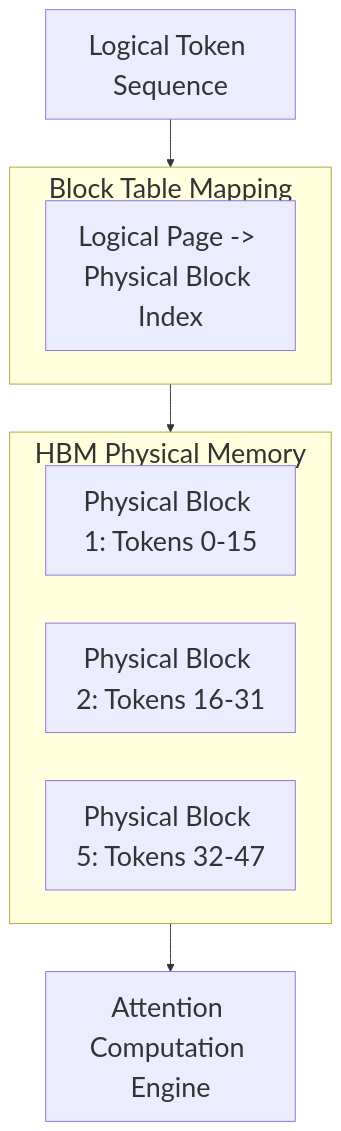
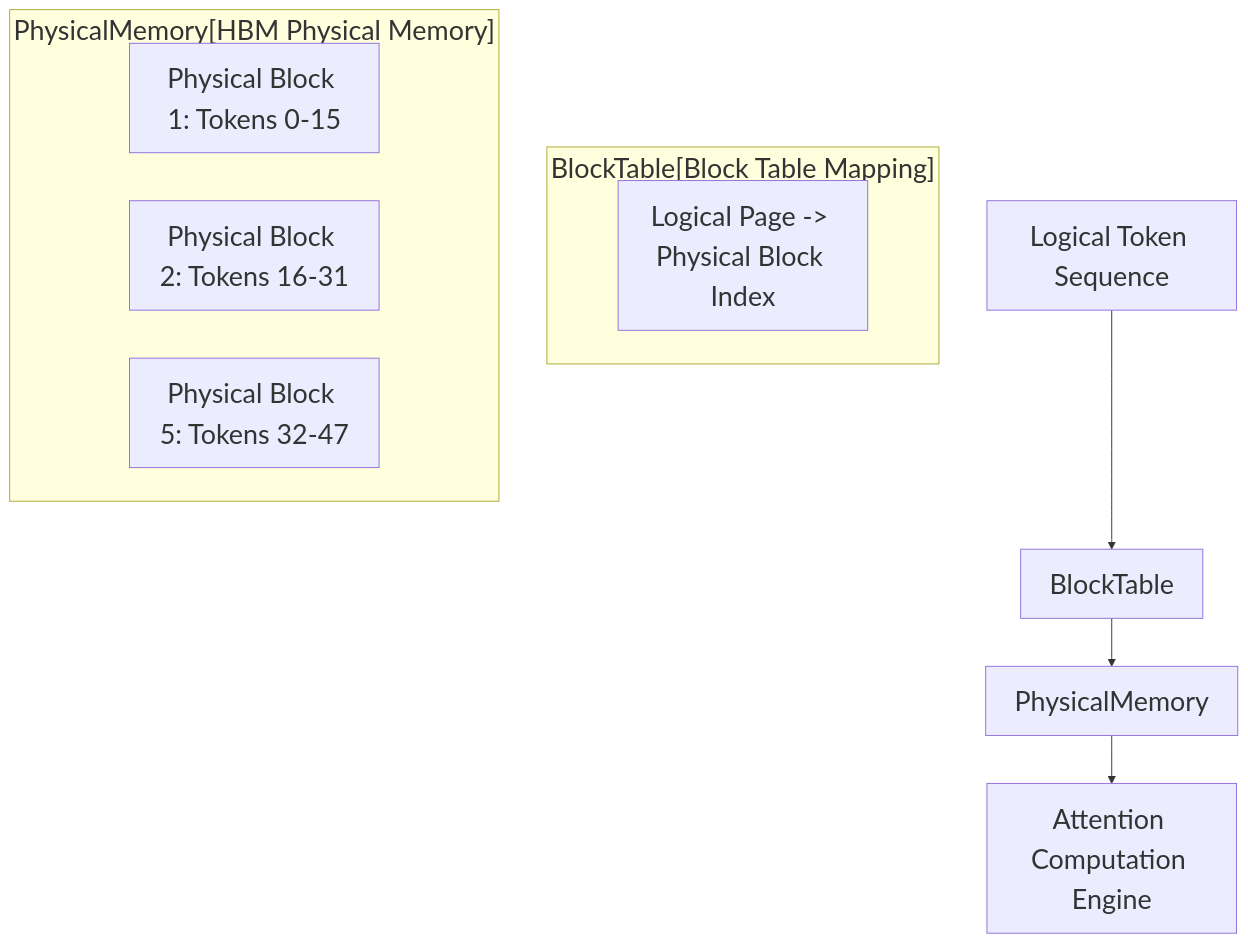
One commit to j4flmao/agent-skills changed the diagram in skills/hardware-acceleration/paged-attention/SKILL.md. Above: the diagram before and after it, drawn with Mermaid. The commit also changed 350 other files, not shown here.

Commit message:
fix(skills): Quote Mermaid link texts containing parentheses to prevent parsing errors

````diff
--- a/skills/hardware-acceleration/paged-attention/SKILL.md
+++ b/skills/hardware-acceleration/paged-attention/SKILL.md
@@ -24,18 +24,18 @@
 ```mermaid
 %%{init: {"theme": "default", "themeVariables": {"fontSize": "28px"}, "flowchart": {"useMaxWidth": false}}}%%
 flowchart TD
     LogicalSeq[Logical Token Sequence]
-    subgraph BlockTable[Block Table Mapping]
+    subgraph BlockTableBlockTableMapping ["BlockTable[Block Table Mapping]"]
         LogicalToPhysical[Logical Page -> Physical Block Index]
     end
-    subgraph PhysicalMemory[HBM Physical Memory]
+    subgraph PhysicalMemoryHBMPhysicalMemory ["PhysicalMemory[HBM Physical Memory]"]
         Block1[Physical Block 1: Tokens 0-15]
         Block2[Physical Block 2: Tokens 16-31]
         Block5[Physical Block 5: Tokens 32-47]
     end
     AttentionEngine[Attention Computation Engine]
 
     LogicalSeq --> BlockTable
     BlockTable --> PhysicalMemory
     PhysicalMemory --> AttentionEngine
 ```
````
